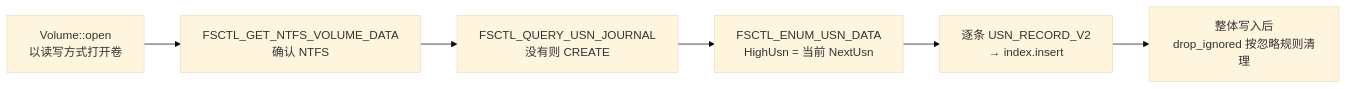
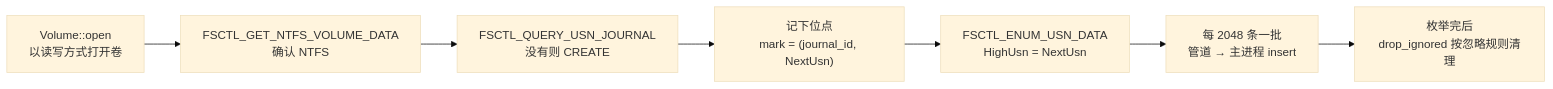
The second of 4 diagrams in docs/search-engine.md (zephyraluco/rastflow), drawn with Mermaid (base theme) before and after one commit. The commit also changed other lines of this file and 14 other files, not shown here.

````diff
--- a/docs/search-engine.md
+++ b/docs/search-engine.md
@@ -136,8 +180,9 @@
 ```mermaid
 flowchart LR
     A["Volume::open<br/>以读写方式打开卷"] --> B["FSCTL_GET_NTFS_VOLUME_DATA<br/>确认 NTFS"]
     B --> C["FSCTL_QUERY_USN_JOURNAL<br/>没有则 CREATE"]
-    C --> D["FSCTL_ENUM_USN_DATA<br/>HighUsn = 当前 NextUsn"]
-    D --> E["逐条 USN_RECORD_V2<br/>→ index.insert"]
-    E --> F["整体写入后<br/>drop_ignored 按忽略规则清理"]
+    C --> D["记下位点<br/>mark = (journal_id, NextUsn)"]
+    D --> E["FSCTL_ENUM_USN_DATA<br/>HighUsn = NextUsn"]
+    E --> F["每 2048 条一批<br/>管道 → 主进程 insert"]
+    F --> G["枚举完后<br/>drop_ignored 按忽略规则清理"]
 ```
````
